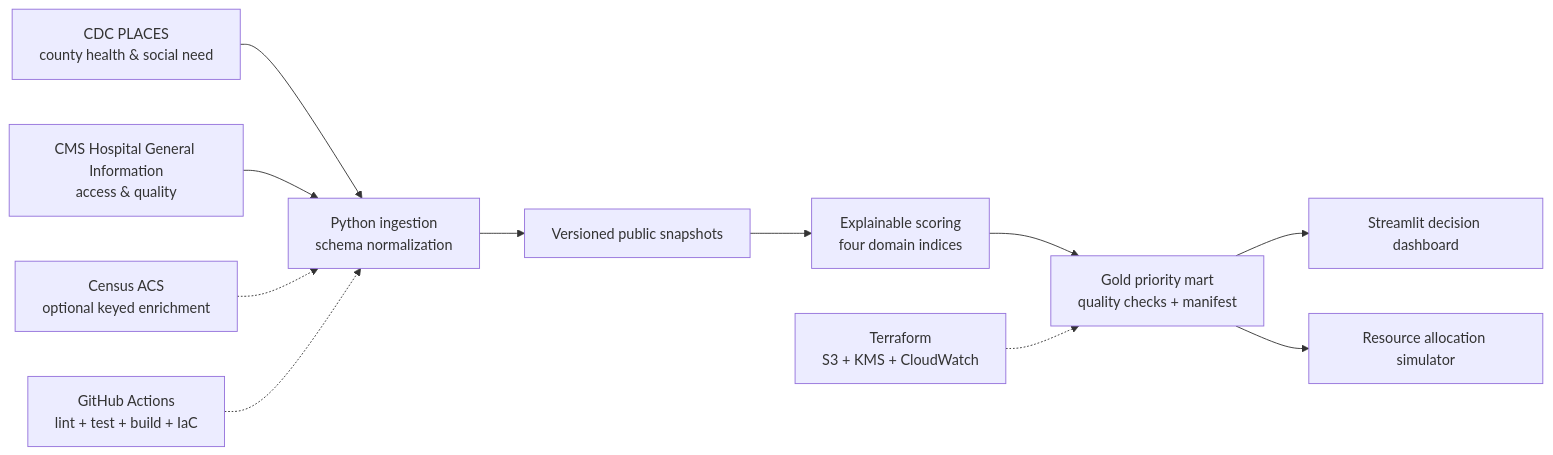
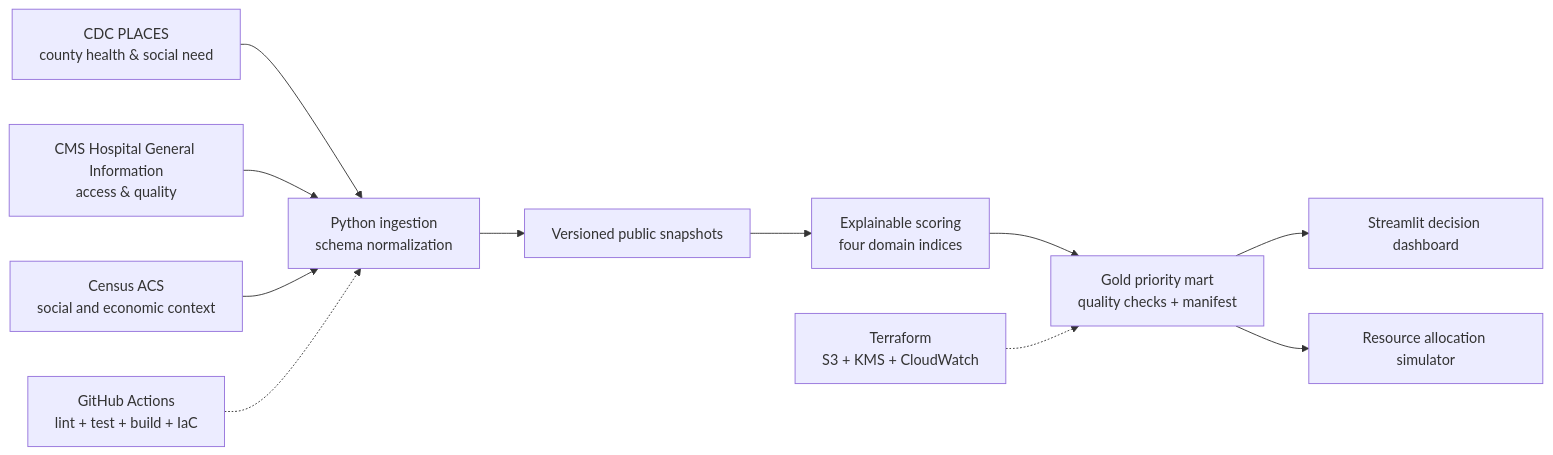
One commit to Akqadafi/healthcare-decision-intelligence-platform changed the diagram in README.md. Above: the diagram before and after it, drawn with Mermaid. The commit also changed other lines of this file and 26 other files, not shown here.

````diff
--- a/README.md
+++ b/README.md
@@ -74,13 +172,13 @@
 ```mermaid
 flowchart LR
   CDC["CDC PLACES<br/>county health & social need"] --> ING["Python ingestion<br/>schema normalization"]
   CMS["CMS Hospital General Information<br/>access & quality"] --> ING
-  ACS["Census ACS<br/>optional keyed enrichment"] -.-> ING
+  ACS["Census ACS<br/>social and economic context"] --> ING
   ING --> SNAP["Versioned public snapshots"]
   SNAP --> SCORE["Explainable scoring<br/>four domain indices"]
   SCORE --> GOLD["Gold priority mart<br/>quality checks + manifest"]
   GOLD --> APP["Streamlit decision dashboard"]
   GOLD --> SIM["Resource allocation simulator"]
   TF["Terraform<br/>S3 + KMS + CloudWatch"] -.-> GOLD
   CI["GitHub Actions<br/>lint + test + build + IaC"] -.-> ING
 ```
````
